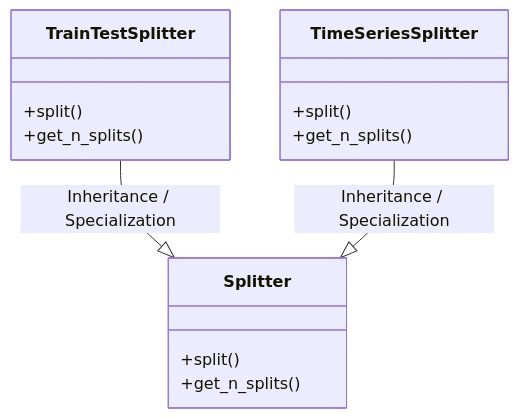
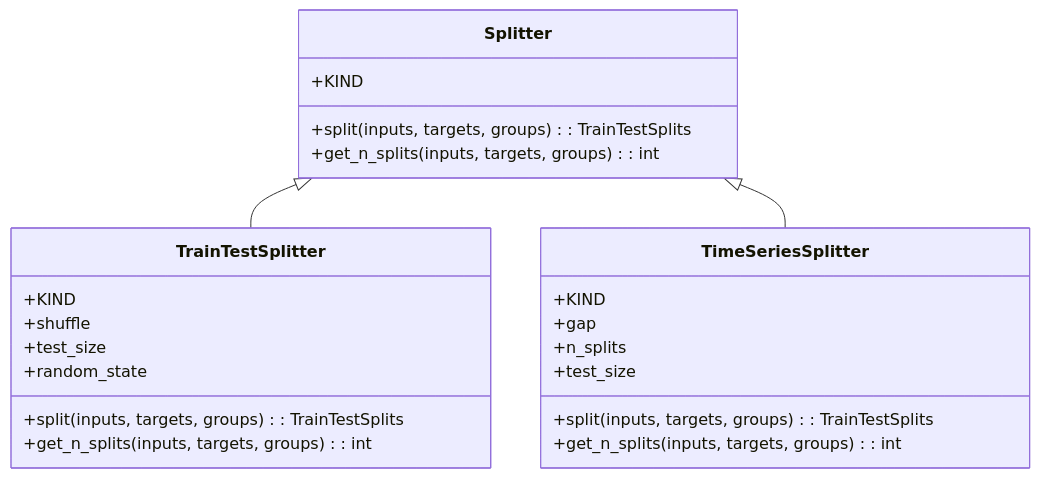
The first of 4 diagrams in openwiki/src/regression_model_template/utils/splitters.md (lgcorzo/mlops-python-package), drawn with Mermaid before and after one commit. The commit also changed other lines of this file and 91 other files, not shown here.

````diff
--- a/openwiki/src/regression_model_template/utils/splitters.md
+++ b/openwiki/src/regression_model_template/utils/splitters.md
@@ -20,18 +21,26 @@
 ```mermaid
 classDiagram
-    direction BT
     class Splitter {
-        +split()
-        +get_n_splits()
+        +KIND
+        +split(inputs, targets, groups) : TrainTestSplits
+        +get_n_splits(inputs, targets, groups) : int
     }
     class TrainTestSplitter {
-        +split()
-        +get_n_splits()
+        +KIND
+        +shuffle
+        +test_size
+        +random_state
+        +split(inputs, targets, groups) : TrainTestSplits
+        +get_n_splits(inputs, targets, groups) : int
     }
-    Splitter <|-- TrainTestSplitter : Inheritance / Specialization
+    Splitter <|-- TrainTestSplitter
     class TimeSeriesSplitter {
-        +split()
-        +get_n_splits()
+        +KIND
+        +gap
+        +n_splits
+        +test_size
+        +split(inputs, targets, groups) : TrainTestSplits
+        +get_n_splits(inputs, targets, groups) : int
     }
-    Splitter <|-- TimeSeriesSplitter : Inheritance / Specialization
+    Splitter <|-- TimeSeriesSplitter
 ```
````
